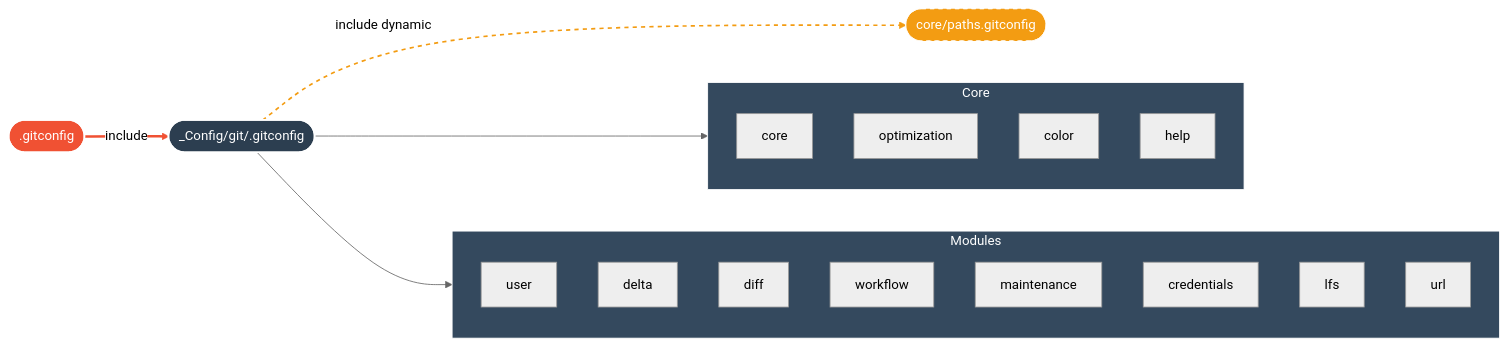
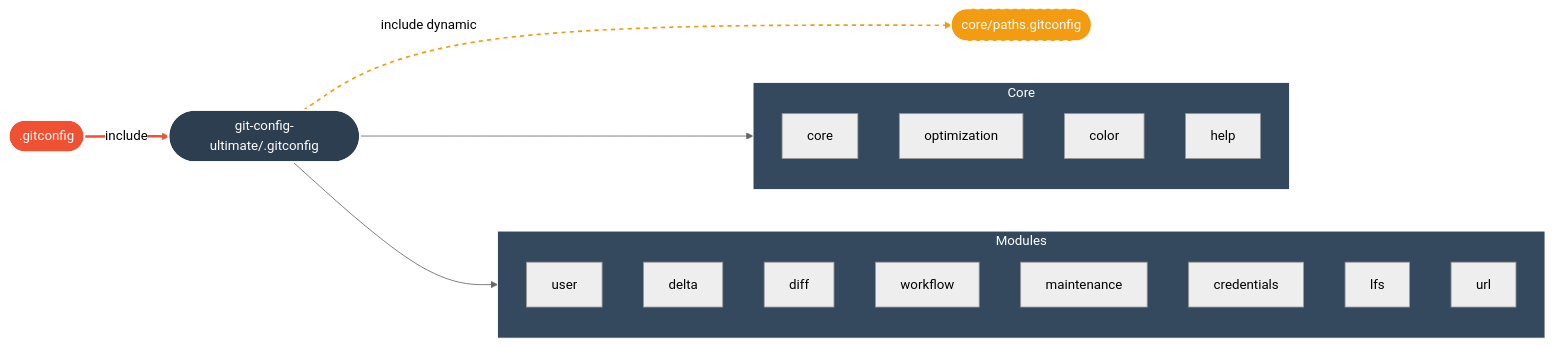
One commit to yanix2445/git-config-ultimate changed the diagram in README.md. Above: the diagram before and after it, drawn with Mermaid (neutral theme). The commit also changed other lines of this file, not shown here.

Commit message:
docs(readme): Généralisation des chemins (git-config-ultimate)

````diff
--- a/README.md
+++ b/README.md
@@ -53,41 +53,41 @@
 ```mermaid
 flowchart LR
     Home([".gitconfig"])
-    Root(["_Config/git/.gitconfig"])
+    Root(["git-config-ultimate/.gitconfig"])
     Local(["core/paths.gitconfig"])
     
     subgraph Core
         System["core"]
         Optim["optimization"]
         Color["color"]
         Help["help"]
     end
     
     subgraph Modules
         User["user"]
         Delta["delta"]
         Diff["diff"]
         Workflow["workflow"]
         Maint["maintenance"]
         Creds["credentials"]
         LFS["lfs"]
         Url["url"]
     end
 
     %% Flow
     Home ==>| include | Root
     Root -.->| include dynamic | Local
     
     Root --> Core
     Root --> Modules
     
     %% Styles
     style Home fill:#f05133,stroke:#fff,color:#fff,stroke-width:2px
     style Root fill:#2c3e50,stroke:#fff,color:#fff,stroke-width:2px
     style Core fill:#34495e,stroke:#fff,color:#fff,stroke-width:1px
     style Modules fill:#34495e,stroke:#fff,color:#fff,stroke-width:1px
     style Local fill:#f39c12,stroke:#fff,color:#fff,stroke-width:1px,stroke-dasharray: 5 5
 
     linkStyle 0 stroke:#f05133,stroke-width:3px
     linkStyle 1 stroke:#f39c12,stroke-width:2px,stroke-dasharray: 5 5
 ```
````
